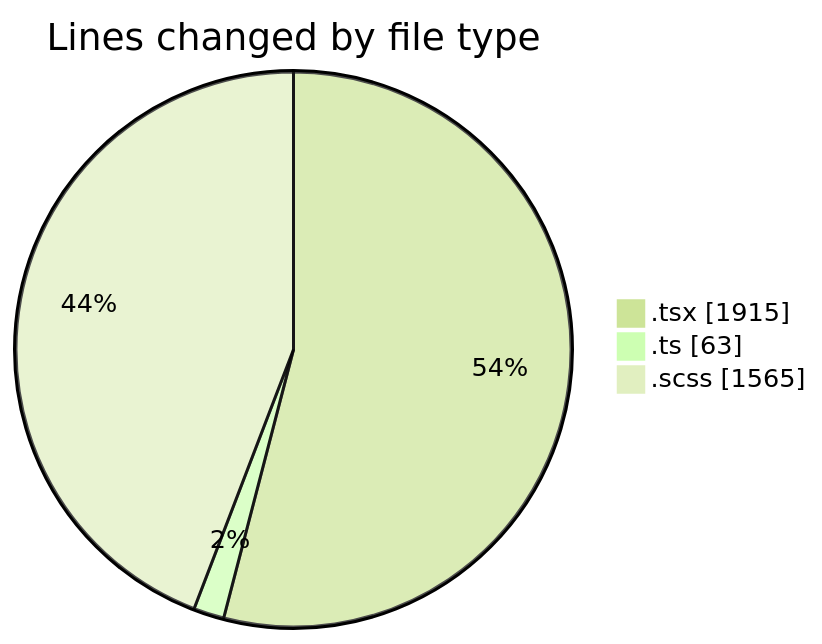
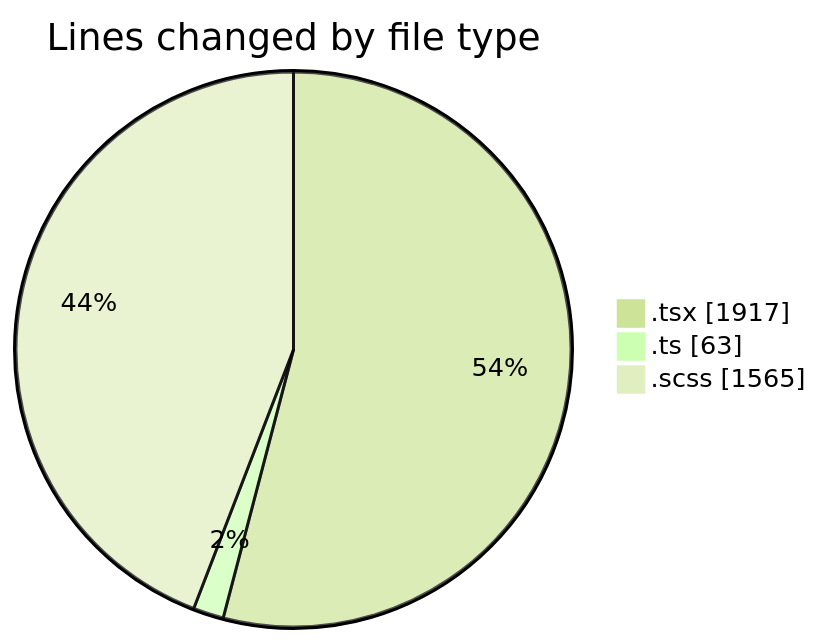
Before and after one commit to momahboobian/code-tracking: the first of 2 diagrams in 2025-04-02/cda/README.md, drawn with Mermaid (forest theme). The commit also changed other lines of this file and 1 other file, not shown here.

````diff
--- a/2025-04-02/cda/README.md
+++ b/2025-04-02/cda/README.md
@@ -30,7 +30,7 @@
 ```mermaid
 pie showData
 title Lines changed by file type
-".tsx" : 1915
+".tsx" : 1917
 ".ts" : 63
 ".scss" : 1565
 ```
````
